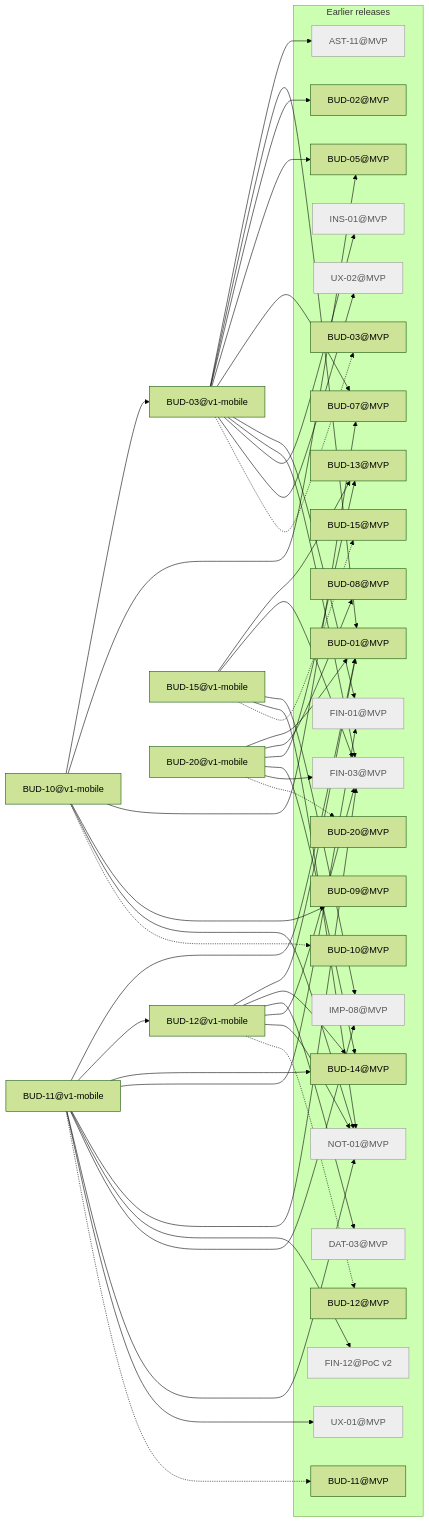
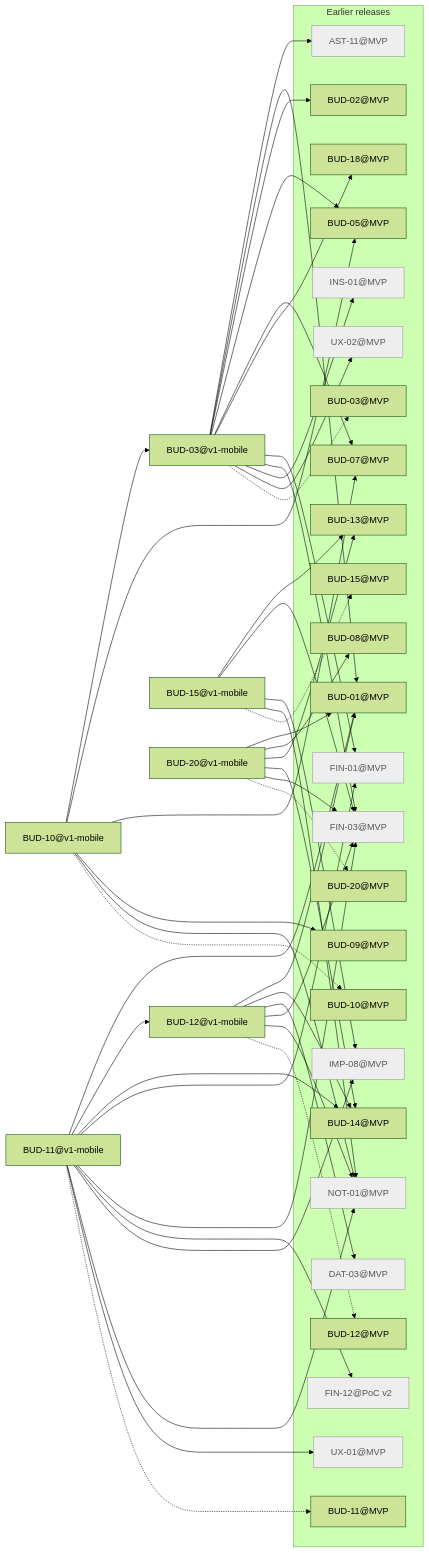
Before and after one commit to minakovval/Willowsum: the diagram in docs/traceability/release-v1-mobile.md, drawn with Mermaid (forest theme). The commit also changed other lines of this file and 23 other files, not shown here.

````diff
--- a/docs/traceability/release-v1-mobile.md
+++ b/docs/traceability/release-v1-mobile.md
@@ -22,80 +22,82 @@
 ```mermaid
 flowchart LR
   BUD_03_v1_mobile["BUD-03@v1-mobile"]
   BUD_10_v1_mobile["BUD-10@v1-mobile"]
   BUD_11_v1_mobile["BUD-11@v1-mobile"]
   BUD_12_v1_mobile["BUD-12@v1-mobile"]
   BUD_15_v1_mobile["BUD-15@v1-mobile"]
   BUD_20_v1_mobile["BUD-20@v1-mobile"]
   subgraph earlier["Earlier releases"]
     AST_11_MVP["AST-11@MVP"]
     BUD_01_MVP["BUD-01@MVP"]
     BUD_02_MVP["BUD-02@MVP"]
     BUD_03_MVP["BUD-03@MVP"]
     BUD_05_MVP["BUD-05@MVP"]
     BUD_07_MVP["BUD-07@MVP"]
     BUD_08_MVP["BUD-08@MVP"]
     BUD_09_MVP["BUD-09@MVP"]
     BUD_10_MVP["BUD-10@MVP"]
     BUD_11_MVP["BUD-11@MVP"]
     BUD_12_MVP["BUD-12@MVP"]
     BUD_13_MVP["BUD-13@MVP"]
     BUD_14_MVP["BUD-14@MVP"]
     BUD_15_MVP["BUD-15@MVP"]
+    BUD_18_MVP["BUD-18@MVP"]
     BUD_20_MVP["BUD-20@MVP"]
     DAT_03_MVP["DAT-03@MVP"]
     FIN_01_MVP["FIN-01@MVP"]
     FIN_03_MVP["FIN-03@MVP"]
     FIN_12_PoC_v2["FIN-12@PoC v2"]
     IMP_08_MVP["IMP-08@MVP"]
     INS_01_MVP["INS-01@MVP"]
     NOT_01_MVP["NOT-01@MVP"]
     UX_01_MVP["UX-01@MVP"]
     UX_02_MVP["UX-02@MVP"]
   end
   BUD_03_v1_mobile --> AST_11_MVP
   BUD_03_v1_mobile --> BUD_01_MVP
   BUD_03_v1_mobile --> BUD_02_MVP
   BUD_03_v1_mobile --> BUD_05_MVP
   BUD_03_v1_mobile --> BUD_07_MVP
+  BUD_03_v1_mobile --> BUD_18_MVP
   BUD_03_v1_mobile --> FIN_01_MVP
   BUD_03_v1_mobile --> FIN_03_MVP
   BUD_03_v1_mobile --> INS_01_MVP
   BUD_03_v1_mobile --> UX_02_MVP
   BUD_03_v1_mobile -.-> BUD_03_MVP
   BUD_10_v1_mobile --> BUD_03_v1_mobile
   BUD_10_v1_mobile --> BUD_05_MVP
   BUD_10_v1_mobile --> BUD_07_MVP
   BUD_10_v1_mobile --> BUD_09_MVP
   BUD_10_v1_mobile --> NOT_01_MVP
   BUD_10_v1_mobile -.-> BUD_10_MVP
   BUD_11_v1_mobile --> BUD_01_MVP
   BUD_11_v1_mobile --> BUD_12_v1_mobile
   BUD_11_v1_mobile --> BUD_14_MVP
   BUD_11_v1_mobile --> FIN_01_MVP
   BUD_11_v1_mobile --> FIN_03_MVP
   BUD_11_v1_mobile --> FIN_12_PoC_v2
   BUD_11_v1_mobile --> IMP_08_MVP
   BUD_11_v1_mobile --> NOT_01_MVP
   BUD_11_v1_mobile --> UX_01_MVP
   BUD_11_v1_mobile -.-> BUD_11_MVP
   BUD_12_v1_mobile --> BUD_01_MVP
   BUD_12_v1_mobile --> BUD_14_MVP
   BUD_12_v1_mobile --> DAT_03_MVP
   BUD_12_v1_mobile --> FIN_03_MVP
   BUD_12_v1_mobile --> NOT_01_MVP
   BUD_12_v1_mobile -.-> BUD_12_MVP
   BUD_15_v1_mobile --> BUD_13_MVP
   BUD_15_v1_mobile --> FIN_03_MVP
   BUD_15_v1_mobile --> IMP_08_MVP
   BUD_15_v1_mobile --> NOT_01_MVP
   BUD_15_v1_mobile -.-> BUD_15_MVP
   BUD_20_v1_mobile --> BUD_01_MVP
   BUD_20_v1_mobile --> BUD_08_MVP
   BUD_20_v1_mobile --> BUD_13_MVP
   BUD_20_v1_mobile --> BUD_14_MVP
   BUD_20_v1_mobile --> FIN_03_MVP
   BUD_20_v1_mobile -.-> BUD_20_MVP
   classDef notMigrated fill:#eee,stroke:#999,color:#555
   class AST_11_MVP,DAT_03_MVP,FIN_01_MVP,FIN_03_MVP,FIN_12_PoC_v2,IMP_08_MVP,INS_01_MVP,NOT_01_MVP,UX_01_MVP,UX_02_MVP notMigrated
 ```
````
